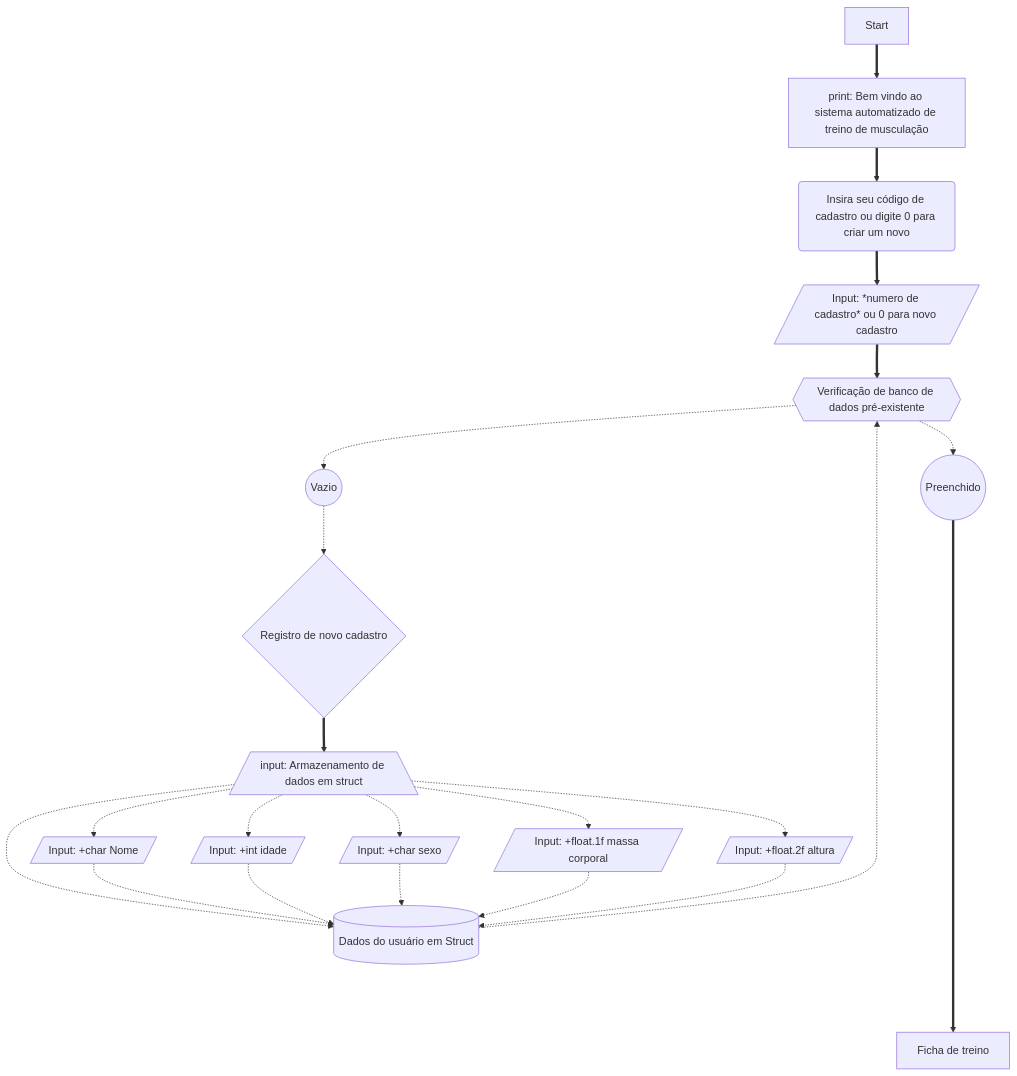
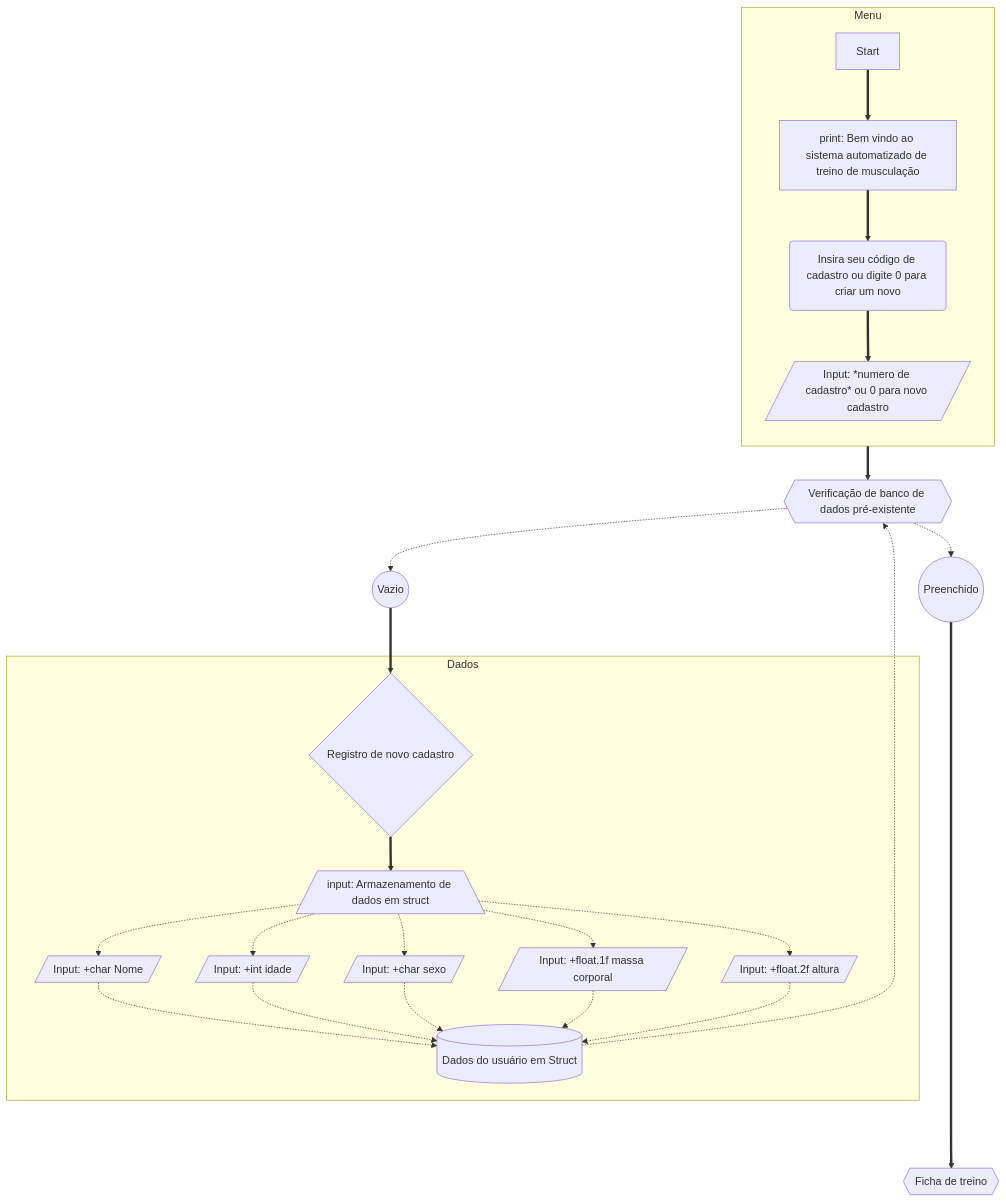
One commit to caio-passos/fichaacademia changed the second of 2 diagrams in readme.MD. Above: the diagram before and after it, drawn with Mermaid. The commit also changed 1 other file, not shown here.

Commit message:
v0.04: Projeto ficha academia
Melhorias no Flowchart

````diff
--- a/readme.MD
+++ b/readme.MD
@@ -62,39 +62,45 @@
 ```mermaid    
-    flowchart TD
+    flowchart TB
+    subgraph Menu
+    direction TB
     Start ==> id1[print: Bem vindo ao sistema automatizado de treino de musculação]
     id1 ==> id2(Insira seu código de cadastro ou digite 0 para criar um novo)
     id2 ==>id3
     id3[/Input: *numero de cadastro* ou 0 para novo cadastro/]
+    end
     id3 ==> id4
     id4{{Verificação de banco de dados pré-existente}}
-    id0 -.-> id4
+    b -..-> id4
     id4 -.-> id13((Preenchido)) & id14((Vazio))
-    
-    id14-.-> id5
+   
+   
+   id14==> id5
+   subgraph Dados
     id5{Registro de novo cadastro}
     id5 ==> id6   
     id6[/input: Armazenamento de dados em struct\]
-    
-    id0[(Dados do usuário em Struct)]
-    id6  -.-> id0
+    b[(Dados do usuário em Struct)]
     id6 -.-> id8 & id9 & id10 & id11 & id12
-    id8 -.-> id0
-    id9 -.-> id0
-    id10 -.-> id0
-    id11 -.-> id0
-    id12 -.-> id0
+    id8 -.-> b
+    id9 -.-> b
+    id10 -.-> b
+    id11 -.-> b
+    id12 -.-> b
+    end
   
     
     id8[/Input: +char Nome/]
     id9[/Input: +int idade/]
     id10[/Input: +char sexo/]
     id11[/Input: +float.1f massa corporal/]
     id12[/Input: +float.2f altura/]
     
-    id13 =======> id[Ficha de treino]
+    id13 =======> id15{{Ficha de treino}}
+    
+    
     
     
     
 
     
  ```
````
